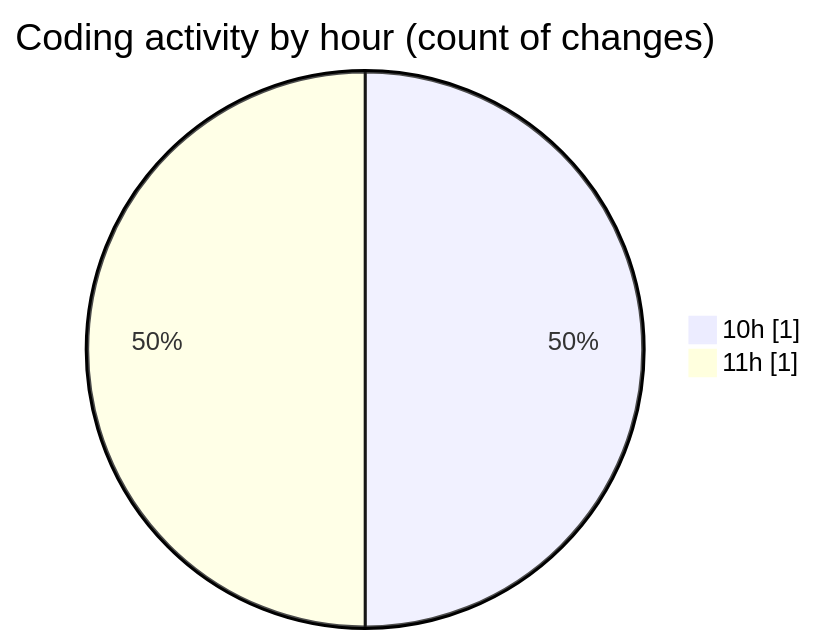
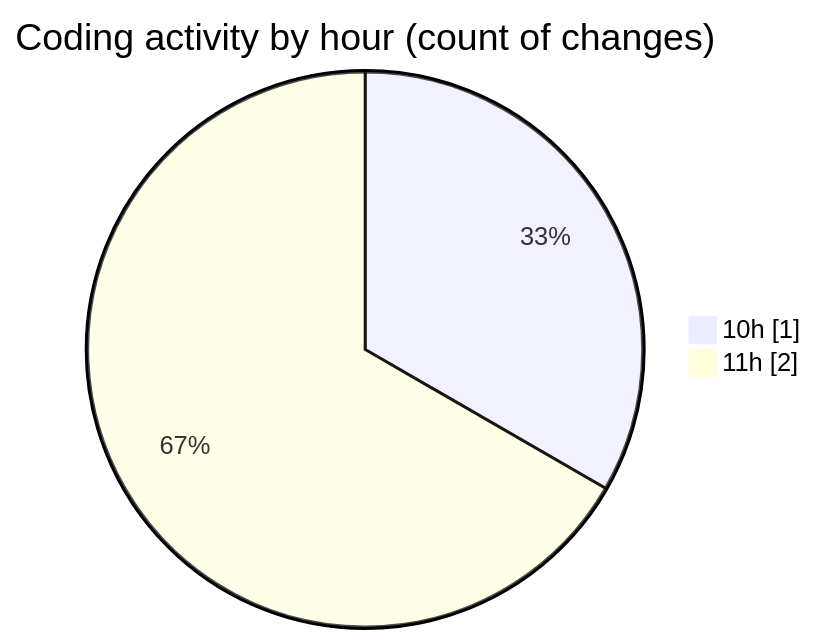
Before and after one commit to jcpc91/code-tracking: the second of 2 diagrams in 2025-05-07/cancelacionsegurosvida/README.md, drawn with Mermaid. The commit also changed other lines of this file and 1 other file, not shown here.

````diff
--- a/2025-05-07/cancelacionsegurosvida/README.md
+++ b/2025-05-07/cancelacionsegurosvida/README.md
@@ -30,6 +30,6 @@
 ```mermaid
 pie showData
 title Coding activity by hour (count of changes)
 "10h" : 1
-"11h" : 1
+"11h" : 2
 ```
````
